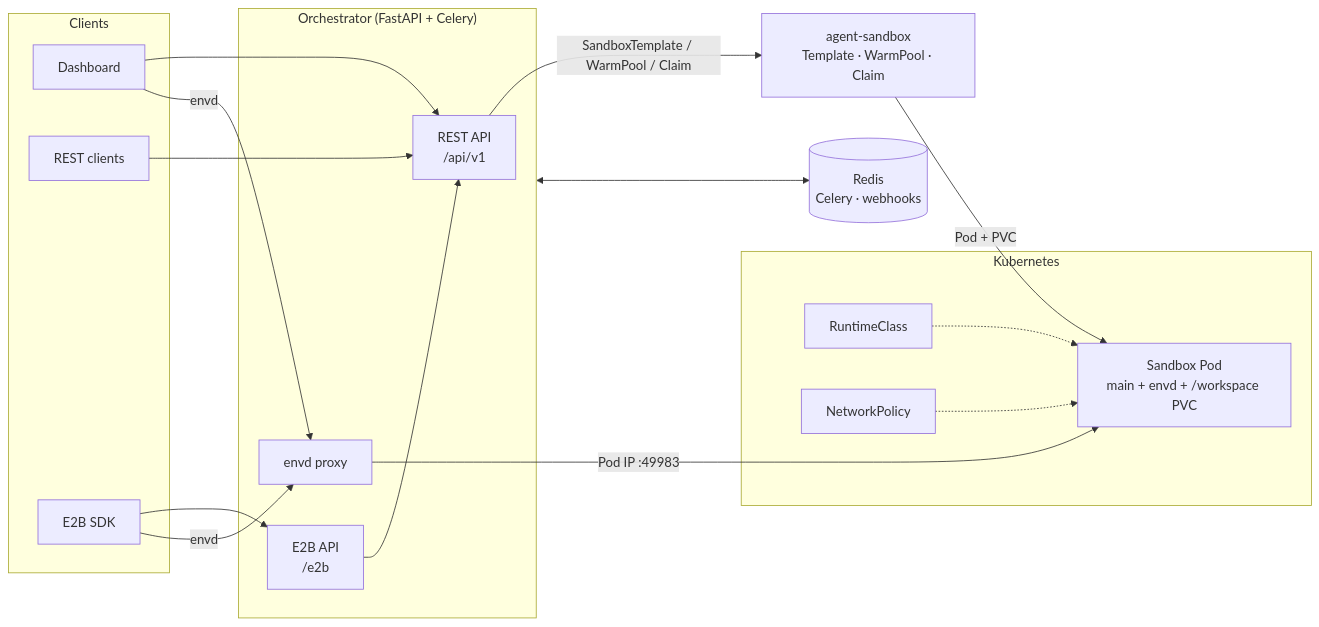
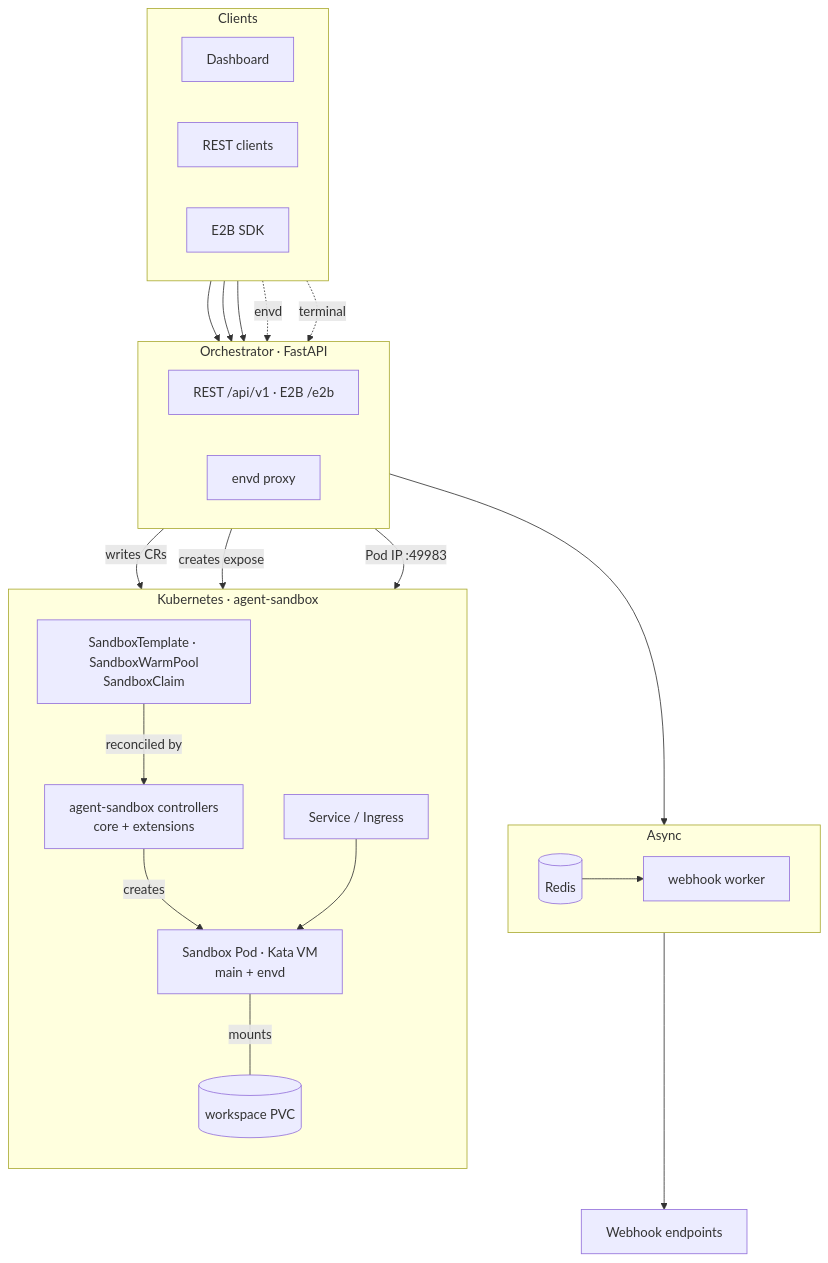
One commit to iwrs712/litterbox changed the diagram in README.md. Above: the diagram before and after it, drawn with Mermaid. The commit also changed other lines of this file and 1 other file, not shown here.

Commit message:
docs: simplify the README architecture diagram
Group the control plane, async worker and Kubernetes objects into clear
layers, reduce cross edges, and add a short create / use / pause path table.

````diff
--- a/README.md
+++ b/README.md
@@ -55,36 +55,50 @@
 ```mermaid
-flowchart LR
+flowchart TB
     subgraph Clients["Clients"]
+        direction LR
         Dashboard["Dashboard"]
         RestClient["REST clients"]
         Sdk["E2B SDK"]
     end
 
-    subgraph Orchestrator["Orchestrator  (FastAPI + Celery)"]
-        Rest["REST API\n/api/v1"]
-        E2B["E2B API\n/e2b"]
+    subgraph Control["Orchestrator · FastAPI"]
+        direction LR
+        API["REST /api/v1 · E2B /e2b"]
         Proxy["envd proxy"]
     end
 
-    Controller["agent-sandbox\nTemplate · WarmPool · Claim"]
-    Redis[("Redis\nCelery · webhooks")]
-
-    subgraph Cluster["Kubernetes"]
-        Sandbox["Sandbox Pod\nmain + envd + /workspace PVC"]
-        Runtime["RuntimeClass"]
-        NetPol["NetworkPolicy"]
+    subgraph Async["Async"]
+        direction LR
+        Redis[("Redis")]
+        Worker["webhook worker"]
     end
 
-    Dashboard --> Rest
-    RestClient --> Rest
-    Sdk --> E2B
-    Sdk -->|"envd"| Proxy
-    Dashboard -->|"envd"| Proxy
-    Rest -->|"SandboxTemplate / WarmPool / Claim"| Controller
-    Controller -->|"Pod + PVC"| Sandbox
-    E2B --> Rest
-    Orchestrator <--> Redis
-    Proxy -->|"Pod IP :49983"| Sandbox
-    Runtime -.-> Sandbox
-    NetPol -.-> Sandbox
+    subgraph K8s["Kubernetes · agent-sandbox"]
+        direction TB
+        CR["SandboxTemplate · SandboxWarmPool\nSandboxClaim"]
+        AS["agent-sandbox controllers\ncore + extensions"]
+        Pod["Sandbox Pod · Kata VM\nmain + envd"]
+        PVC[("workspace PVC")]
+        Ingress["Service / Ingress"]
+    end
+
+    Hook["Webhook endpoints"]
+
+    Dashboard --> API
+    RestClient --> API
+    Sdk --> API
+    Sdk -.->|"envd"| Proxy
+    Dashboard -.->|"terminal"| Proxy
+
+    API -->|"writes CRs"| CR
+    CR -->|"reconciled by"| AS
+    AS -->|"creates"| Pod
+    Pod ---|"mounts"| PVC
+    API -->|"creates expose"| Ingress
+    Ingress --> Pod
+    Proxy -->|"Pod IP :49983"| Pod
+
+    API --> Redis
+    Redis --> Worker
+    Worker --> Hook
 ```
````
